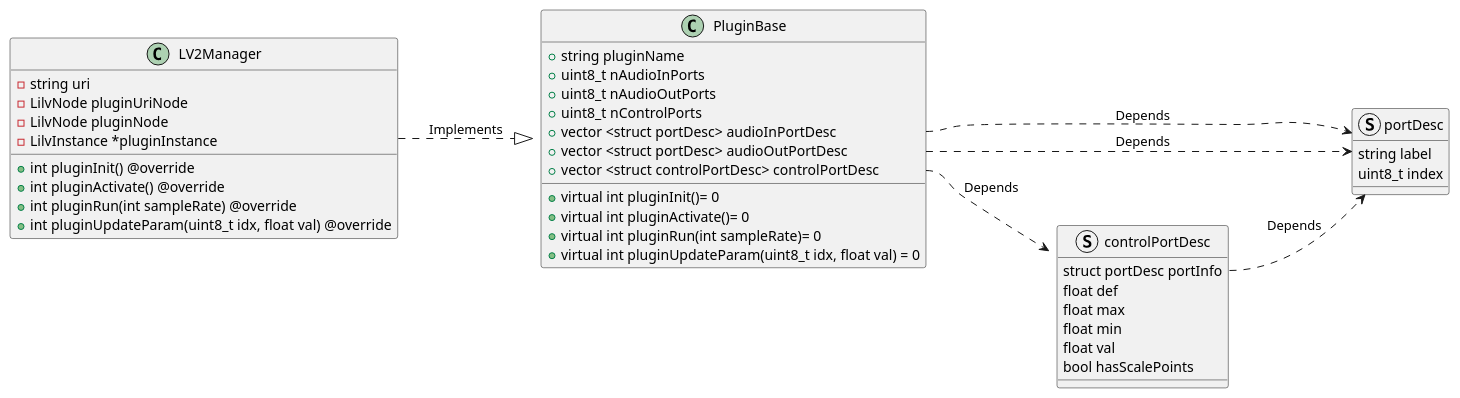
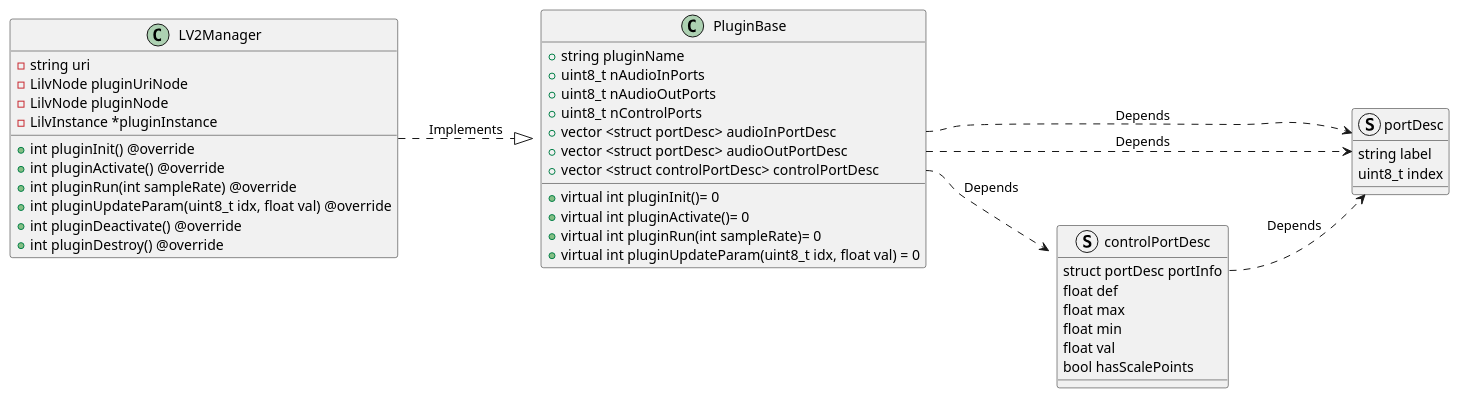
Before and after one commit to abhimanyu-g/calicofx-core: the seventh of 13 diagrams in doc/design.org, drawn with PlantUML. The commit also changed other lines of this file, not shown here.

```diff
--- a/doc/design.org
+++ b/doc/design.org
@@ -183,50 +196,52 @@
 #+begin_src plantuml :file /tmp/calicofx-lv2-manager-class-dig.png :exports results
   @startuml
   left to right direction
     struct portDesc{
         string label
         uint8_t index
   }
 
   struct controlPortDesc {
         struct portDesc portInfo
         float def
         float max
         float min
         float val
         bool hasScalePoints
   }
 
   class PluginBase{
           +string pluginName
           +uint8_t nAudioInPorts
           +uint8_t nAudioOutPorts
           +uint8_t nControlPorts
         +vector <struct portDesc> audioInPortDesc
           +vector <struct portDesc> audioOutPortDesc
           +vector <struct controlPortDesc> controlPortDesc
           +virtual int pluginInit()= 0
           +virtual int pluginActivate()= 0
           +virtual int pluginRun(int sampleRate)= 0
         +virtual int pluginUpdateParam(uint8_t idx, float val) = 0
   }
 
   class LV2Manager{
         -string uri
         -LilvNode pluginUriNode
         -LilvNode pluginNode
         -LilvInstance *pluginInstance
         +int pluginInit() @override
         +int pluginActivate() @override
         +int pluginRun(int sampleRate) @override
         +int pluginUpdateParam(uint8_t idx, float val) @override
+        +int pluginDeactivate() @override
+          +int pluginDestroy() @override
   }
 
   LV2Manager ..|> PluginBase:Implements
   controlPortDesc::portInfo ..> portDesc:Depends
   PluginBase::audioInPortDesc ..> portDesc:Depends
   PluginBase::audioOutPortDesc ..> portDesc:Depends
   PluginBase::controlPortDesc ..> controlPortDesc:Depends
 
   @enduml
 #+end_src
```
